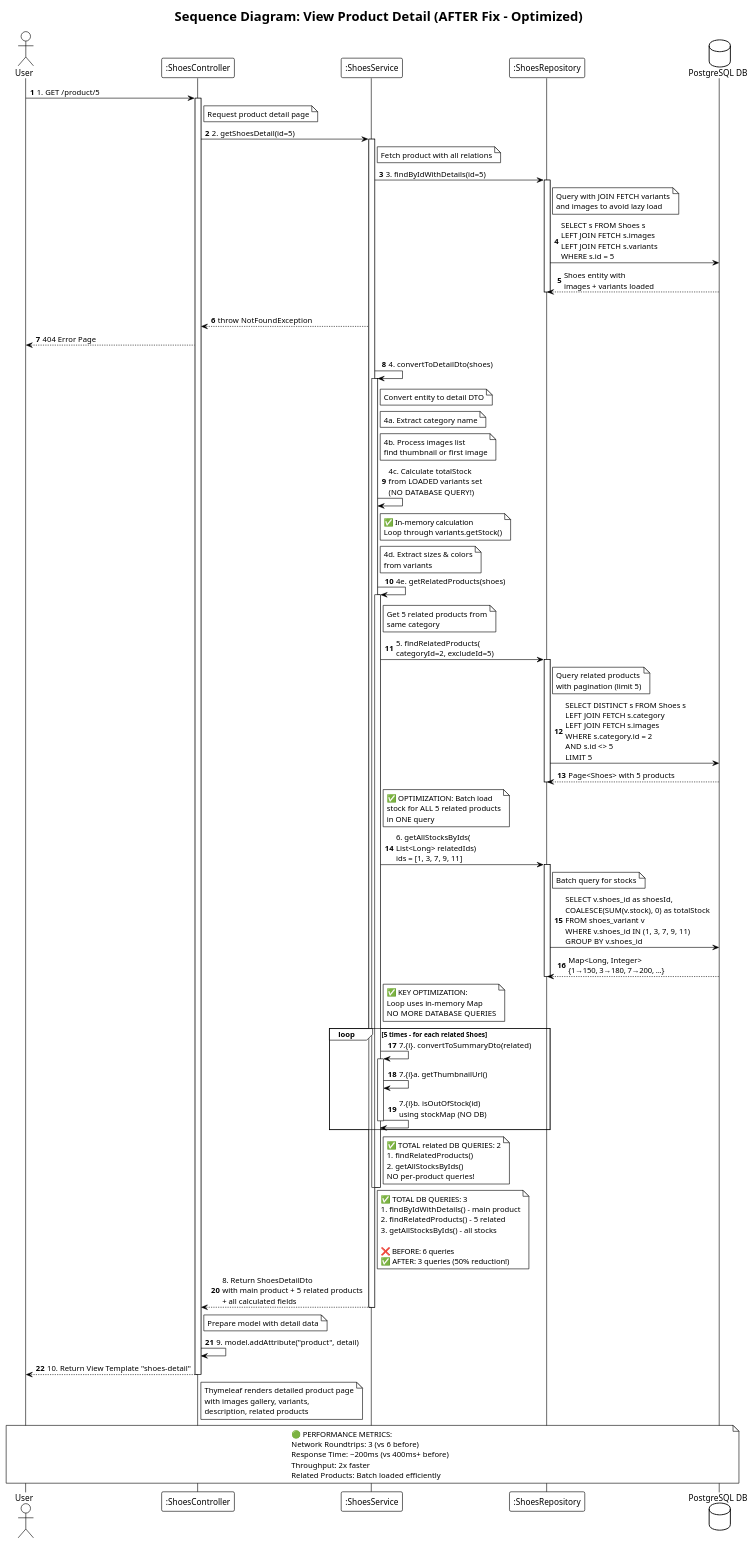
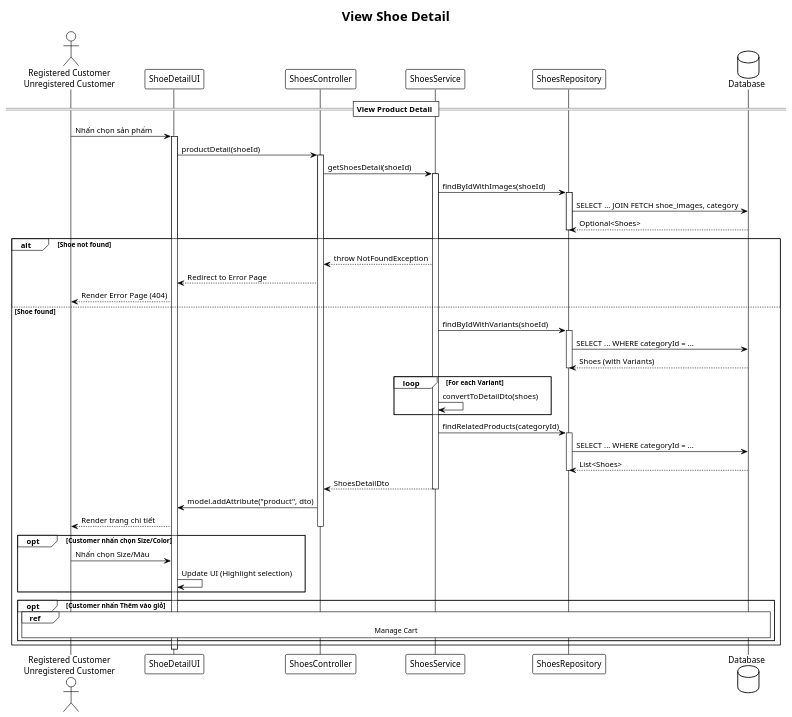
Before and after one commit to AiNguyen2014/SoftwareEngineeringProject: the diagram in diagrams/03_ViewShoeDetail_Sequence.puml, drawn with PlantUML. The commit also changed 8 other files, not shown here.

```diff
--- a/diagrams/03_ViewShoeDetail_Sequence.puml
+++ b/diagrams/03_ViewShoeDetail_Sequence.puml
@@ -1,103 +1,70 @@
 @startuml ViewShoeDetail_Sequence
 !theme plain
-autonumber
 
-actor "User" as user
-participant ":ShoesController" as controller
-participant ":ShoesService" as service
-participant ":ShoesRepository" as repo
-database "PostgreSQL DB" as db
+title View Shoe Detail
 
-title Sequence Diagram: View Product Detail (AFTER Fix - Optimized)
+actor "Registered Customer\nUnregistered Customer" as user
+participant "ShoeDetailUI" as ui
+participant "ShoesController" as controller
+participant "ShoesService" as service
+participant "ShoesRepository" as repo
+database "Database" as db
 
-user -> controller: 1. GET /product/5
+== View Product Detail ==
+
+user -> ui: Nhấn chọn sản phẩm
+activate ui
+
+ui -> controller: productDetail(shoeId)
 activate controller
-    note right of controller: Request product detail page
 
-    controller -> service: 2. getShoesDetail(id=5)
-    activate service
-        note right of service: Fetch product with all relations
+controller -> service: getShoesDetail(shoeId)
+activate service
 
-        service -> repo: 3. findByIdWithDetails(id=5)
-        activate repo
-            note right of repo: Query with JOIN FETCH variants\nand images to avoid lazy load
-            repo -> db: SELECT s FROM Shoes s\nLEFT JOIN FETCH s.images\nLEFT JOIN FETCH s.variants\nWHERE s.id = 5
-            db --> repo: Shoes entity with\nimages + variants loaded
-        deactivate repo
-        
-        alt Product not found
-            service --> controller: throw NotFoundException
-            controller --> user: 404 Error Page
-        else Product found
-            
-            service -> service: 4. convertToDetailDto(shoes)
-            activate service
-                note right of service: Convert entity to detail DTO
-                
-                note right of service: 4a. Extract category name
-                note right of service: 4b. Process images list\nfind thumbnail or first image
-                
-                service -> service: 4c. Calculate totalStock\nfrom LOADED variants set\n(NO DATABASE QUERY!)
-                note right of service: ✅ In-memory calculation\nLoop through variants.getStock()
-                
-                note right of service: 4d. Extract sizes & colors\nfrom variants
-                
-                service -> service: 4e. getRelatedProducts(shoes)
-                activate service
-                    note right of service: Get 5 related products from\nsame category
-                    
-                    service -> repo: 5. findRelatedProducts(\ncategoryId=2, excludeId=5)
-                    activate repo
-                        note right of repo: Query related products\nwith pagination (limit 5)
-                        repo -> db: SELECT DISTINCT s FROM Shoes s\nLEFT JOIN FETCH s.category\nLEFT JOIN FETCH s.images\nWHERE s.category.id = 2\nAND s.id <> 5\nLIMIT 5
-                        db --> repo: Page<Shoes> with 5 products
-                    deactivate repo
-                    
-                    note right of service: ✅ OPTIMIZATION: Batch load\nstock for ALL 5 related products\nin ONE query
-                    
-                    service -> repo: 6. getAllStocksByIds(\nList<Long> relatedIds)\nids = [1, 3, 7, 9, 11]
-                    activate repo
-                        note right of repo: Batch query for stocks
-                        repo -> db: SELECT v.shoes_id as shoesId,\nCOALESCE(SUM(v.stock), 0) as totalStock\nFROM shoes_variant v\nWHERE v.shoes_id IN (1, 3, 7, 9, 11)\nGROUP BY v.shoes_id
-                        db --> repo: Map<Long, Integer>\n{1→150, 3→180, 7→200, ...}
-                    deactivate repo
-                    
-                    note right of service: ✅ KEY OPTIMIZATION:\nLoop uses in-memory Map\nNO MORE DATABASE QUERIES
-                    
-                    loop 5 times - for each related Shoes
-                        service -> service: 7.{i}. convertToSummaryDto(related)
-                        activate service
-                            service -> service: 7.{i}a. getThumbnailUrl()
-                            service -> service: 7.{i}b. isOutOfStock(id)\nusing stockMap (NO DB)
-                        deactivate service
-                    end
-                    
-                    note right of service: ✅ TOTAL related DB QUERIES: 2\n1. findRelatedProducts()\n2. getAllStocksByIds()\nNO per-product queries!
-                    
-                deactivate service
-                
-            deactivate service
-            
-            note right of service: ✅ TOTAL DB QUERIES: 3\n1. findByIdWithDetails() - main product\n2. findRelatedProducts() - 5 related\n3. getAllStocksByIds() - all stocks\n\n❌ BEFORE: 6 queries\n✅ AFTER: 3 queries (50% reduction!)
+service -> repo: findByIdWithImages(shoeId)
+activate repo
+repo -> db: SELECT ... JOIN FETCH shoe_images, category
+db --> repo: Optional<Shoes>
+deactivate repo
 
-    service --> controller: 8. Return ShoesDetailDto\nwith main product + 5 related products\n+ all calculated fields
+alt Shoe not found
+    service --> controller: throw NotFoundException
+    controller --> ui: Redirect to Error Page
+    ui --> user: Render Error Page (404)
+else Shoe found
+    service -> repo: findByIdWithVariants(shoeId)
+    activate repo
+    repo -> db: SELECT ... WHERE categoryId = ...
+    db --> repo: Shoes (with Variants)
+    deactivate repo
+    
+    loop For each Variant
+        service -> service: convertToDetailDto(shoes)
+    end
+    
+    service -> repo: findRelatedProducts(categoryId)
+    activate repo
+    repo -> db: SELECT ... WHERE categoryId = ...
+    db --> repo: List<Shoes>
+    deactivate repo
+    
+    service --> controller: ShoesDetailDto
     deactivate service
     
-    note right of controller: Prepare model with detail data
+    controller -> ui: model.addAttribute("product", dto)
+    ui --> user: Render trang chi tiết
+    deactivate controller
+    
+    opt Customer nhấn chọn Size/Color
+        user -> ui: Nhấn chọn Size/Màu
+        ui -> ui: Update UI (Highlight selection)
+    end
+    
+    opt Customer nhấn Thêm vào giỏ
+        ref over user, db: Manage Cart
+    end
+end
 
-    controller -> controller: 9. model.addAttribute("product", detail)
-    
-    controller --> user: 10. Return View Template "shoes-detail"
-    note right of controller: Thymeleaf renders detailed product page\nwith images gallery, variants,\ndescription, related products
-
-deactivate controller
-
-note over user, db
-    🟢 PERFORMANCE METRICS:
-    Network Roundtrips: 3 (vs 6 before)
-    Response Time: ~200ms (vs 400ms+ before)
-    Throughput: 2x faster
-    Related Products: Batch loaded efficiently
-end note
+deactivate ui
 
 @enduml
```
